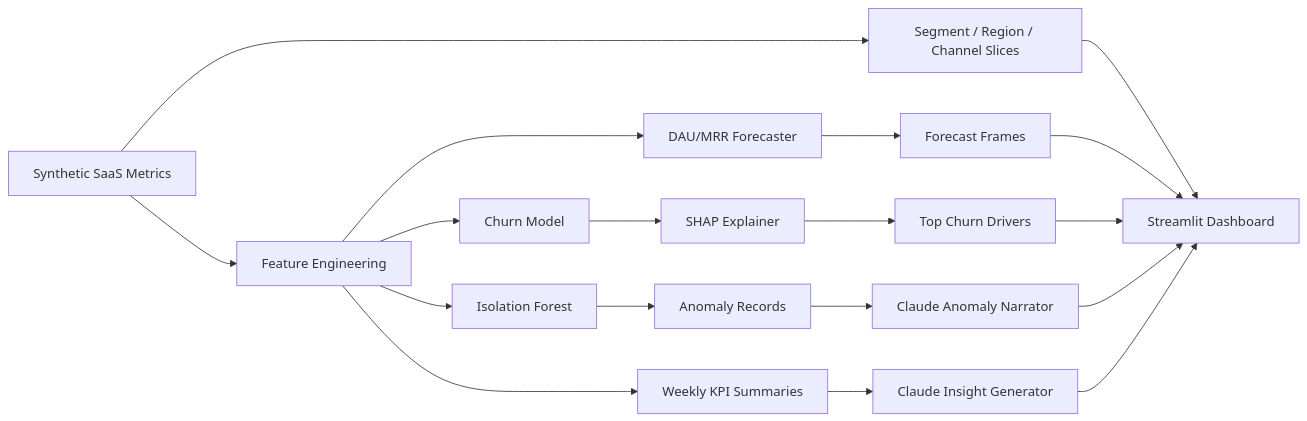
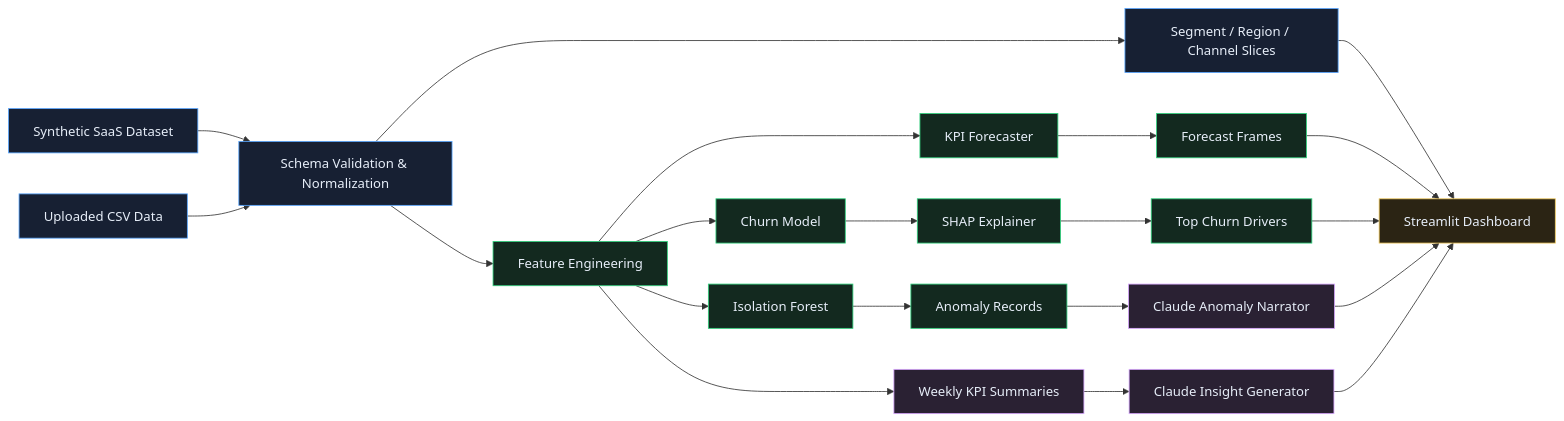
One commit to Robertcurzon/PulseBoard changed the diagram in README.md. Above: the diagram before and after it, drawn with Mermaid. The commit also changed other lines of this file and 1 other file, not shown here.

Commit message:
Clarify architecture and CSV format docs

````diff
--- a/README.md
+++ b/README.md
@@ -25,20 +25,32 @@
 ```mermaid
 flowchart LR
-    A["Synthetic SaaS Metrics"] --> B["Feature Engineering"]
-    A --> S["Segment / Region / Channel Slices"]
+    A["Synthetic SaaS Dataset"] --> V["Schema Validation & Normalization"]
+    U["Uploaded CSV Data"] --> V
+    V --> B["Feature Engineering"]
+    V --> S["Segment / Region / Channel Slices"]
     S --> M
     B --> C["Churn Model"]
     B --> D["Isolation Forest"]
-    B --> E["DAU/MRR Forecaster"]
+    B --> E["KPI Forecaster"]
     C --> F["SHAP Explainer"]
     D --> G["Anomaly Records"]
     E --> H["Forecast Frames"]
     F --> I["Top Churn Drivers"]
     G --> J["Claude Anomaly Narrator"]
     B --> K["Weekly KPI Summaries"]
     K --> L["Claude Insight Generator"]
     H --> M["Streamlit Dashboard"]
     I --> M
     J --> M
     L --> M
+
+    classDef source fill:#172033,stroke:#58a6ff,color:#e6edf8
+    classDef ml fill:#13291f,stroke:#2fd17c,color:#e6edf8
+    classDef ai fill:#2a2133,stroke:#d8a8ff,color:#e6edf8
+    classDef app fill:#2b2414,stroke:#f2cc60,color:#e6edf8
+
+    class A,U,V,S source
+    class B,C,D,E,F,G,H,I ml
+    class J,K,L ai
+    class M app
 ```
````
